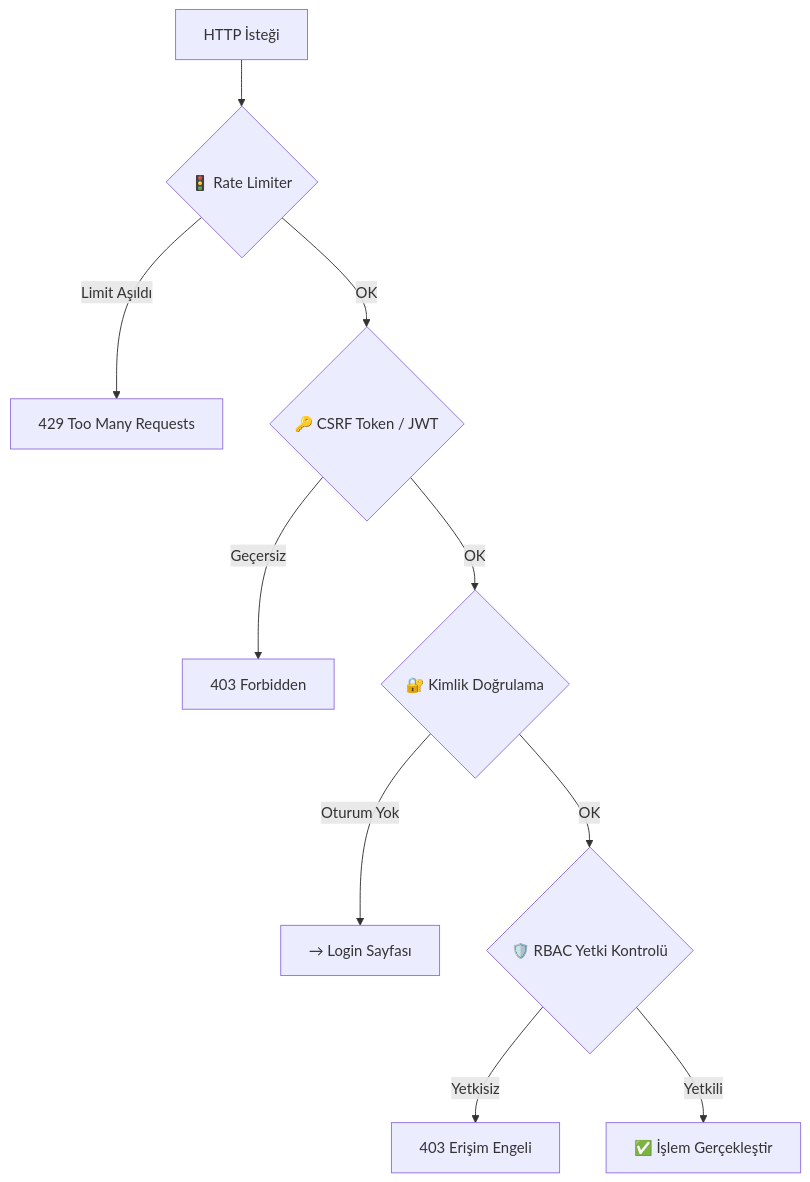
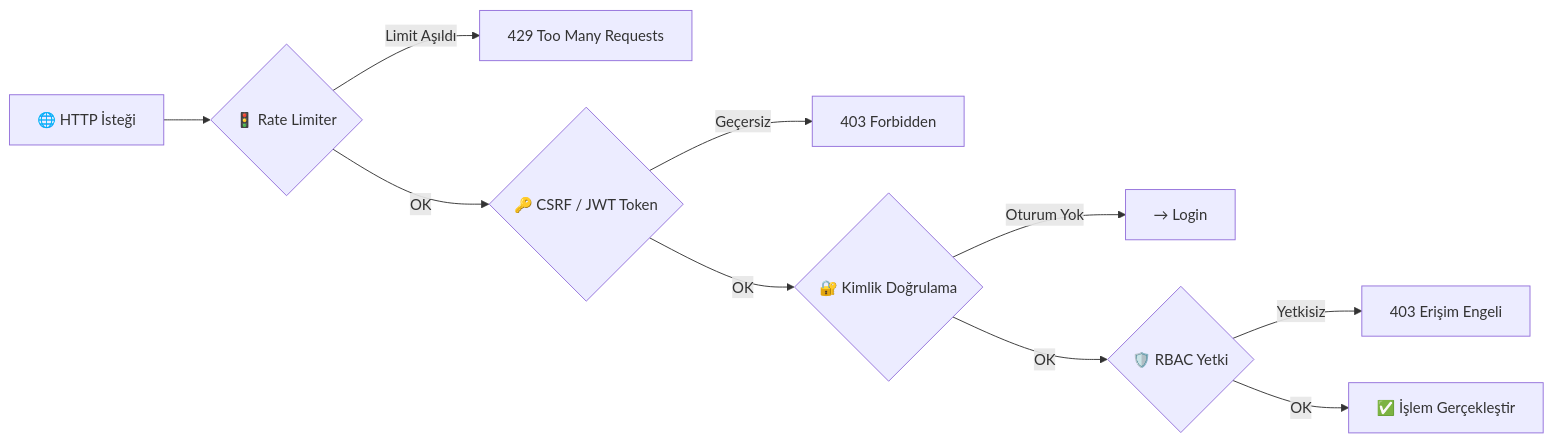
The second of 2 diagrams in README.md (Scryne/FabrikaOS), drawn with Mermaid before and after one commit. The commit also changed other lines of this file, not shown here.

````diff
--- a/README.md
+++ b/README.md
@@ -471,12 +567,12 @@
 ```mermaid
-graph TD
-    A["HTTP İsteği"] --> B{"🚦 Rate Limiter"}
+graph LR
+    A["🌐 HTTP İsteği"] --> B{"🚦 Rate Limiter"}
     B -->|"Limit Aşıldı"| C["429 Too Many Requests"]
-    B -->|"OK"| D{"🔑 CSRF Token / JWT"}
+    B -->|"OK"| D{"🔑 CSRF / JWT Token"}
     D -->|"Geçersiz"| E["403 Forbidden"]
     D -->|"OK"| F{"🔐 Kimlik Doğrulama"}
-    F -->|"Oturum Yok"| G["→ Login Sayfası"]
-    F -->|"OK"| H{"🛡️ RBAC Yetki Kontrolü"}
+    F -->|"Oturum Yok"| G["→ Login"]
+    F -->|"OK"| H{"🛡️ RBAC Yetki"}
     H -->|"Yetkisiz"| I["403 Erişim Engeli"]
-    H -->|"Yetkili"| J["✅ İşlem Gerçekleştir"]
+    H -->|"OK"| J["✅ İşlem Gerçekleştir"]
 ```
````
